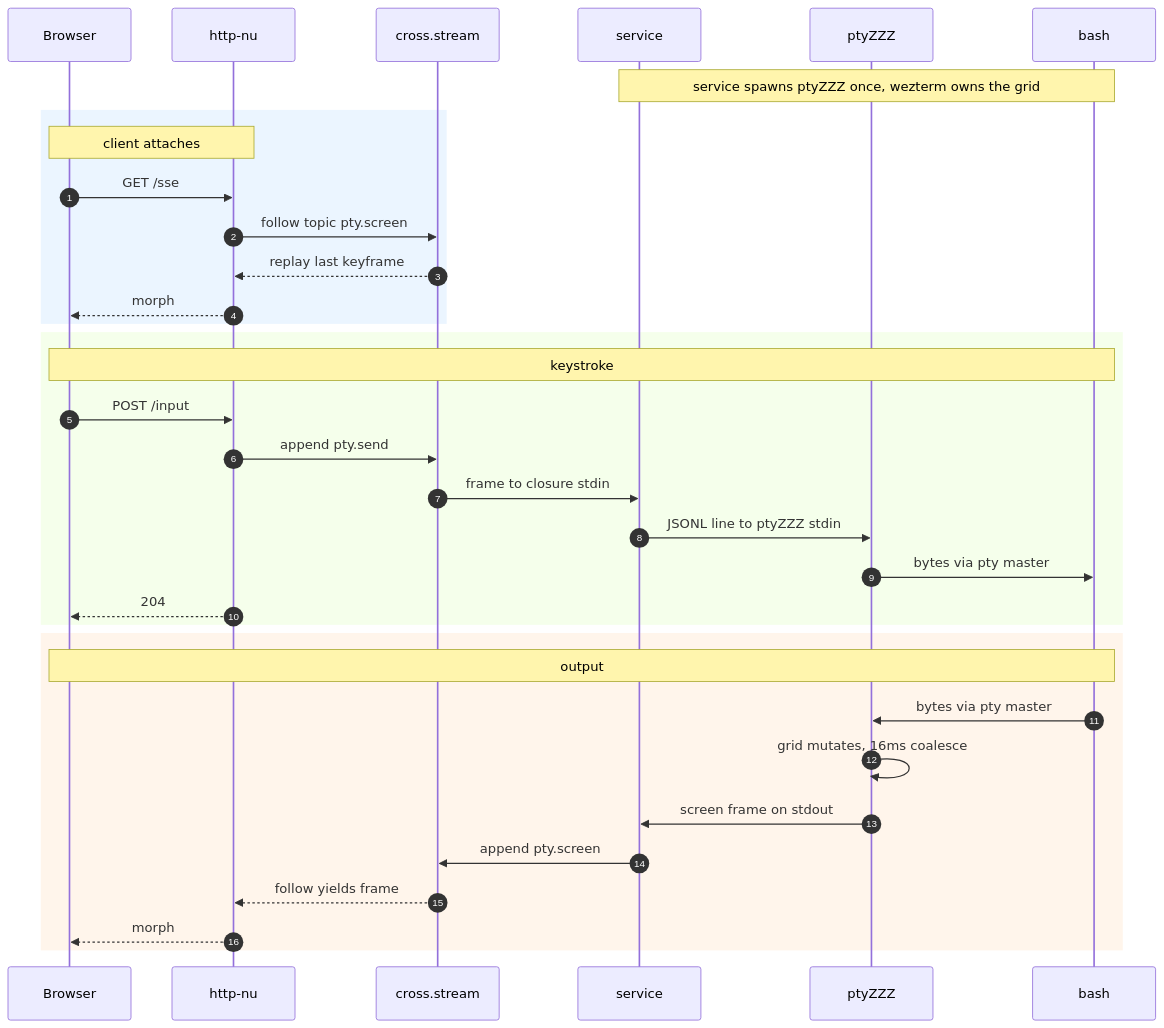
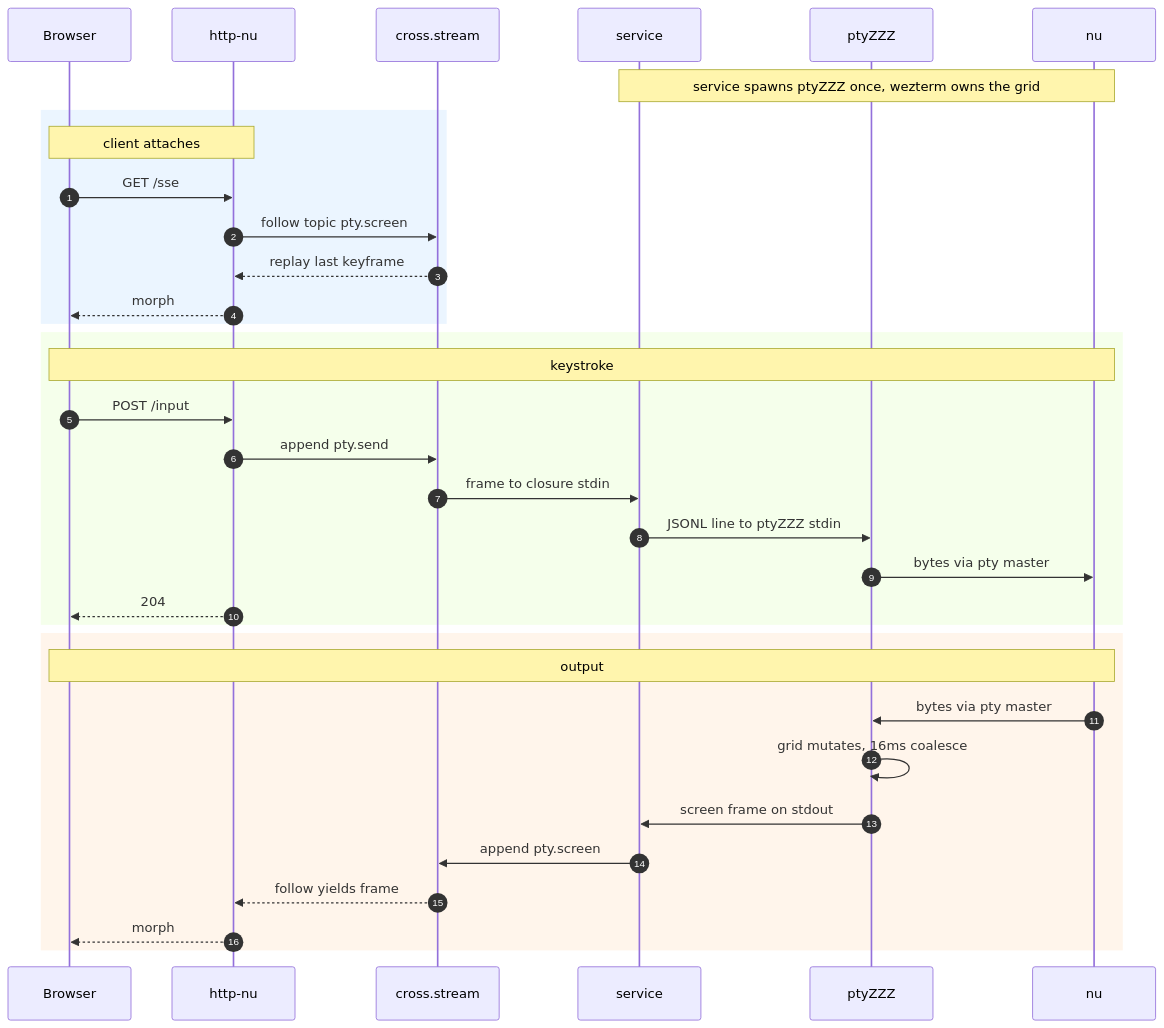
One commit to cablehead/ptyZZZ changed the diagram in README.md. Above: the diagram before and after it, drawn with Mermaid. The commit also changed other lines of this file and 4 other files, not shown here.

````diff
--- a/README.md
+++ b/README.md
@@ -107,40 +107,40 @@
 ```mermaid
 sequenceDiagram
     autonumber
     participant Browser
     participant HTTP as http-nu
     participant XS as cross.stream
     participant Svc as service
     participant Pty as ptyZZZ
-    participant Sh as bash
+    participant Sh as nu
 
     Note over Svc,Sh: service spawns ptyZZZ once, wezterm owns the grid
 
     rect rgb(235, 245, 255)
         Note over Browser,HTTP: client attaches
         Browser->>HTTP: GET /sse
         HTTP->>XS: follow topic pty.screen
         XS-->>HTTP: replay last keyframe
         HTTP-->>Browser: morph #grid
     end
 
     rect rgb(245, 255, 235)
         Note over Browser,Sh: keystroke
         Browser->>HTTP: POST /input
         HTTP->>XS: append pty.send
         XS->>Svc: frame to closure stdin
         Svc->>Pty: JSONL line to ptyZZZ stdin
         Pty->>Sh: bytes via pty master
         HTTP-->>Browser: 204
     end
 
     rect rgb(255, 245, 235)
         Note over Sh,Browser: output
         Sh->>Pty: bytes via pty master
         Pty->>Pty: grid mutates, 16ms coalesce
         Pty->>Svc: screen frame on stdout
         Svc->>XS: append pty.screen
         XS-->>HTTP: follow yields frame
         HTTP-->>Browser: morph #grid
     end
 ```
````
